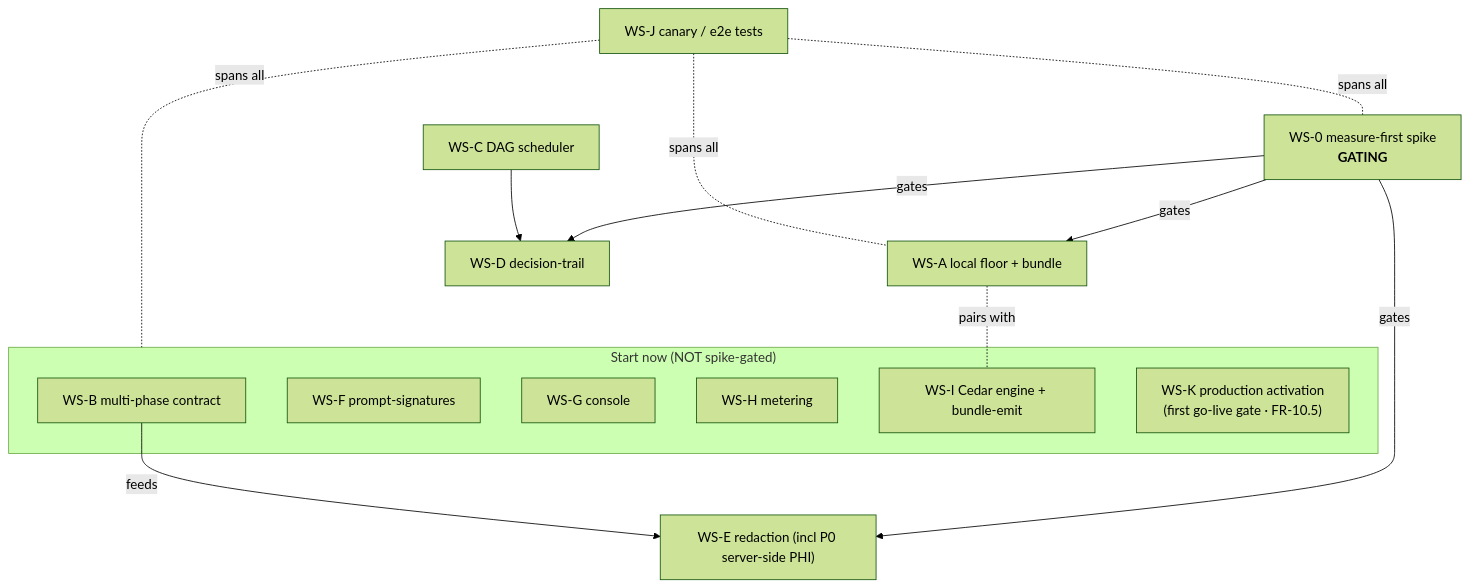
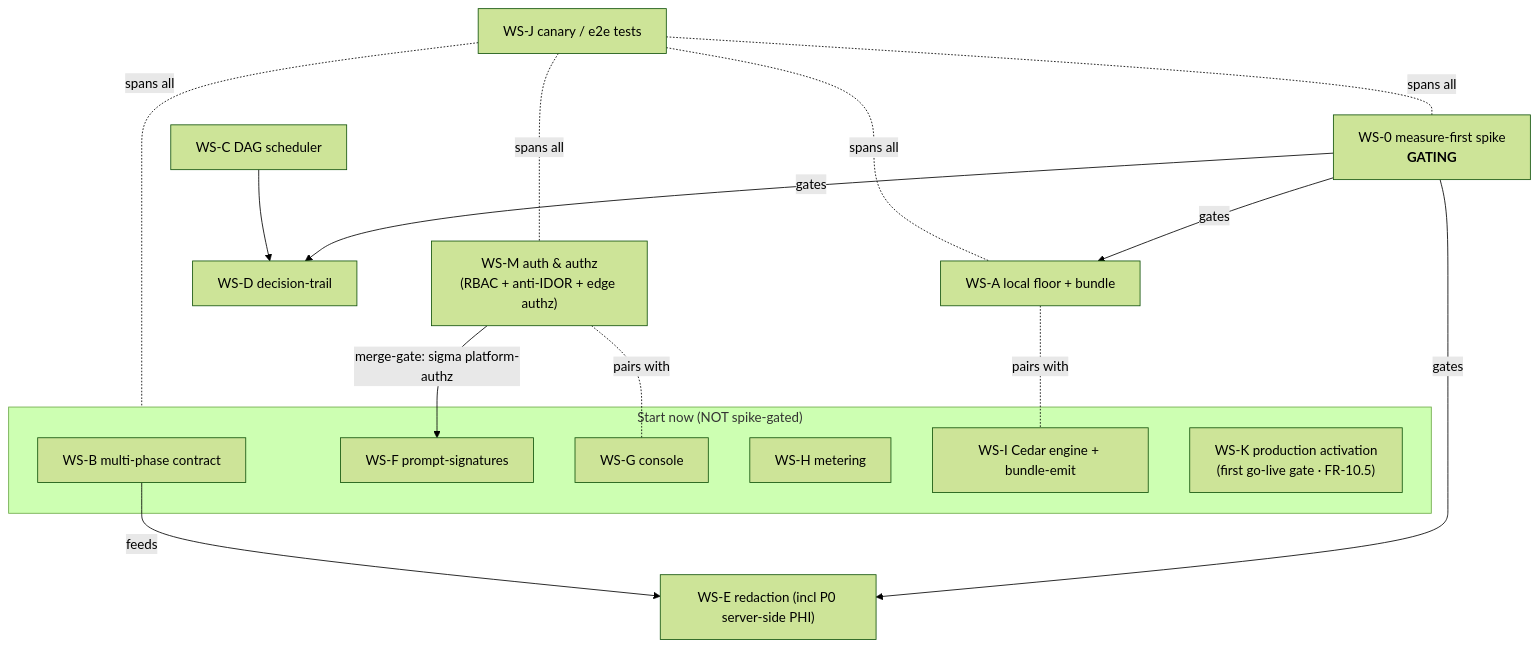
One commit to shashank31mar/Sentra changed the diagram in tasks/serverless-edition/00-index.md. Above: the diagram before and after it, drawn with Mermaid (forest theme). The commit also changed other lines of this file and 6 other files, not shown here.

First line of the commit message:
ws-M: new Auth & authz workstream scope + re-home scattered authz ownership

````diff
--- a/tasks/serverless-edition/00-index.md
+++ b/tasks/serverless-edition/00-index.md
@@ -42,29 +43,33 @@
 ```mermaid
 flowchart TD
   WS0["WS-0 measure-first spike<br/><b>GATING</b>"]
 
   subgraph now["Start now (NOT spike-gated)"]
     B["WS-B multi-phase contract"]
     F["WS-F prompt-signatures"]
     G["WS-G console"]
     H["WS-H metering"]
     I["WS-I Cedar engine + bundle-emit"]
     K["WS-K production activation<br/>(first go-live gate · FR-10.5)"]
   end
 
   A["WS-A local floor + bundle"]
   C["WS-C DAG scheduler"]
   D["WS-D decision-trail"]
   E["WS-E redaction (incl P0 server-side PHI)"]
   J["WS-J canary / e2e tests"]
+  M["WS-M auth & authz<br/>(RBAC + anti-IDOR + edge authz)"]
 
   WS0 -->|gates| A
   WS0 -->|gates| E
   WS0 -->|gates| D
   C --> D
   A -.pairs with.- I
   B -->|feeds| E
+  M -->|merge-gate: sigma platform-authz| F
+  M -.pairs with.- G
   J -.spans all.- WS0
   J -.spans all.- now
   J -.spans all.- A
+  J -.spans all.- M
 ```
````
